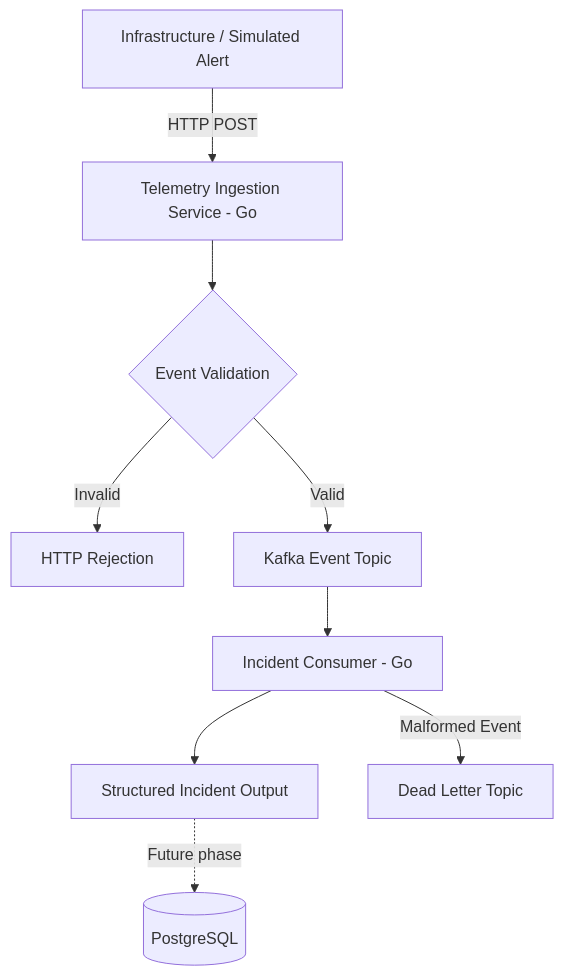
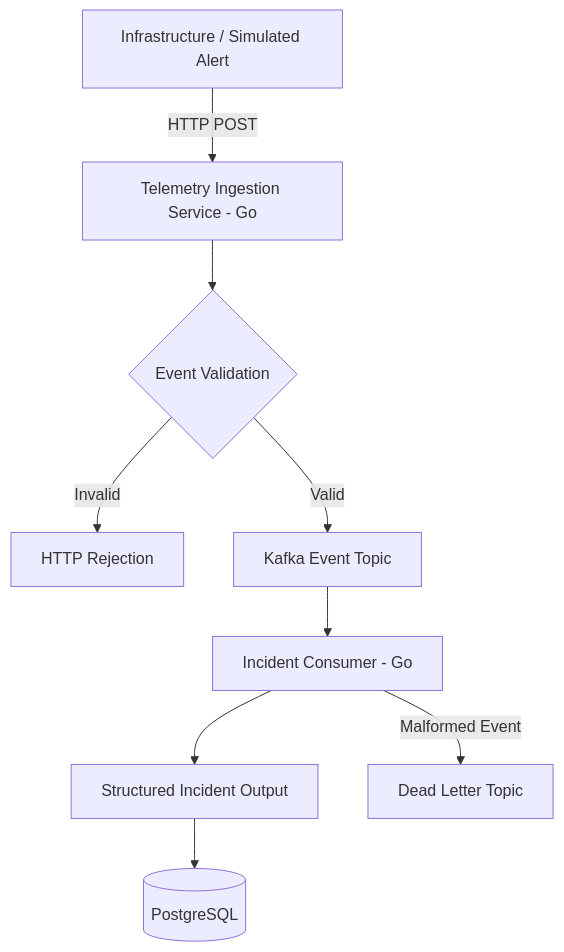
One commit to ABHILASH9519/Project-Aether-Autonomous-Infrastructure-Orchestrator changed the second of 4 diagrams in README.md. Above: the diagram before and after it, drawn with Mermaid. The commit also changed other lines of this file, not shown here.

````diff
--- a/README.md
+++ b/README.md
@@ -92,11 +92,11 @@
 ```mermaid
 flowchart TD
     A[Infrastructure / Simulated Alert] -->|HTTP POST| B[Telemetry Ingestion Service - Go]
     B --> C{Event Validation}
     C -->|Invalid| D[HTTP Rejection]
     C -->|Valid| E[Kafka Event Topic]
     E --> F[Incident Consumer - Go]
     F --> G[Structured Incident Output]
     F -->|Malformed Event| H[Dead Letter Topic]
-    G -. Future phase .-> I[(PostgreSQL)]
+    G --> I[(PostgreSQL)]
 ```
````
